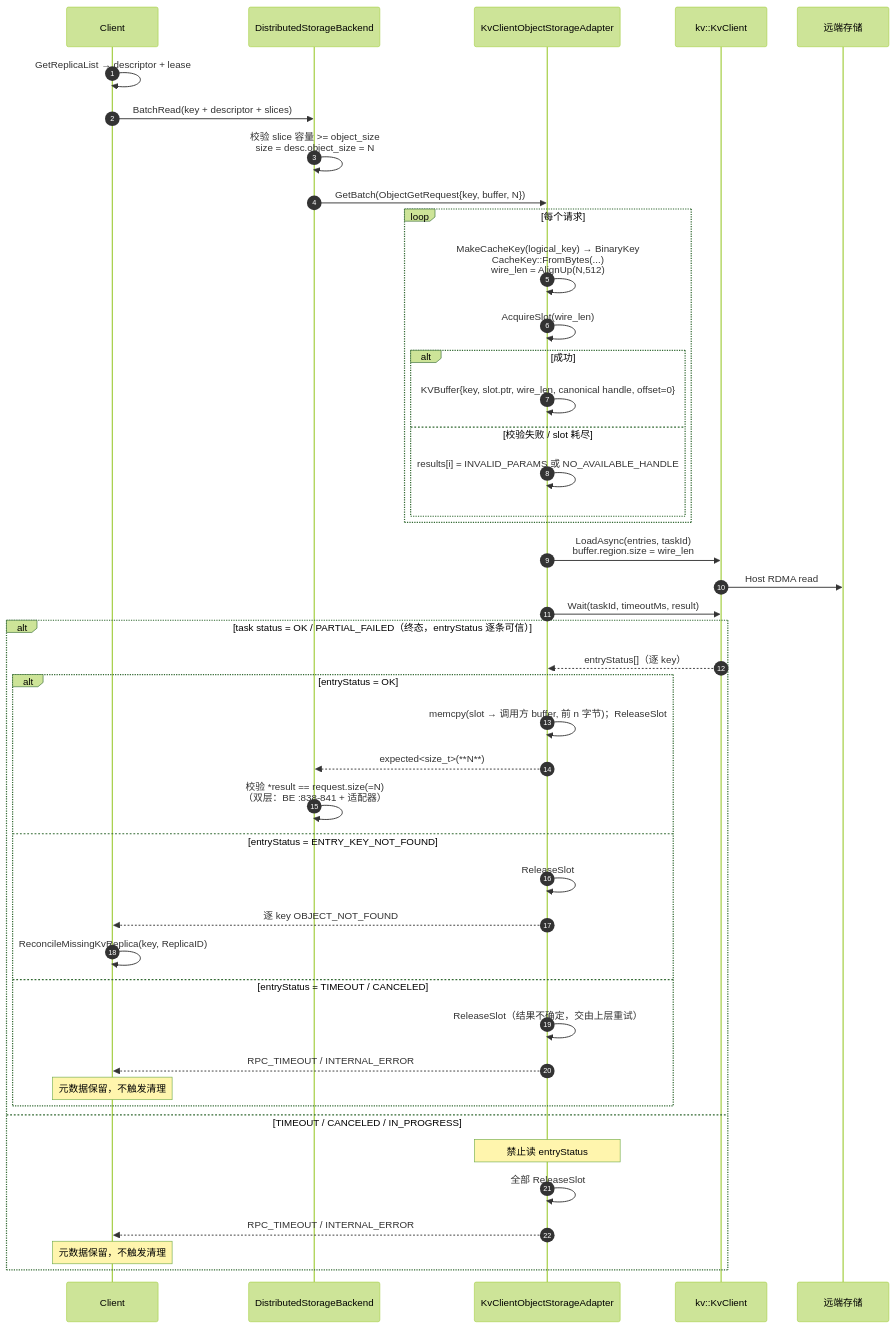
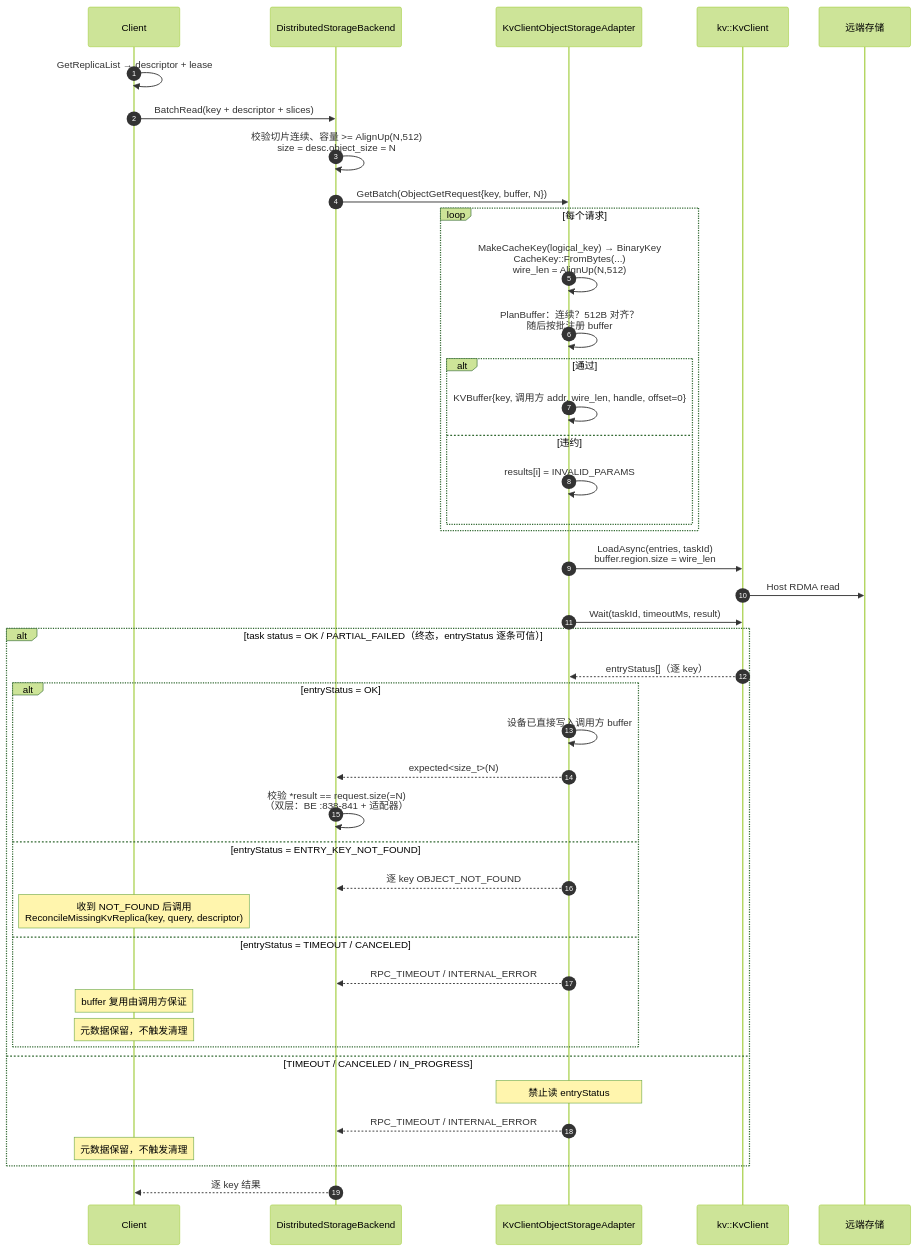
The tenth of 13 diagrams in Mooncake + KVClient L3 接入（Kvcs）- v3.md (zwj20000328-dotcom/Mooncake-documents), drawn with Mermaid (forest theme) before and after one commit. The commit also changed other lines of this file, not shown here.

````diff
--- a/Mooncake + KVClient L3 接入（Kvcs）- v3.md
+++ b/Mooncake + KVClient L3 接入（Kvcs）- v3.md
@@ -635,47 +631,46 @@
 ```mermaid
 sequenceDiagram
     autonumber
     participant C as Client
     participant BE as DistributedStorageBackend
     participant AD as KvClientObjectStorageAdapter
     participant SDK as kv::KvClient
     participant S as 远端存储
 
     C->>C: GetReplicaList → descriptor + lease
     C->>BE: BatchRead(key + descriptor + slices)
-    BE->>BE: 校验 slice 容量 >= object_size<br/>size = desc.object_size = N
+    BE->>BE: 校验切片连续、容量 >= AlignUp(N,512)<br/>size = desc.object_size = N
     BE->>AD: GetBatch(ObjectGetRequest{key, buffer, N})
     loop 每个请求
         AD->>AD: MakeCacheKey(logical_key) → BinaryKey<br/>CacheKey::FromBytes(...)<br/>wire_len = AlignUp(N,512)
-        AD->>AD: AcquireSlot(wire_len)
-        alt 成功
-            AD->>AD: KVBuffer{key, slot.ptr, wire_len, canonical handle, offset=0}
-        else 校验失败 / slot 耗尽
-            AD->>AD: results[i] = INVALID_PARAMS 或 NO_AVAILABLE_HANDLE
+        AD->>AD: PlanBuffer：连续？512B 对齐？<br/>随后按批注册 buffer
+        alt 通过
+            AD->>AD: KVBuffer{key, 调用方 addr, wire_len, handle, offset=0}
+        else 违约
+            AD->>AD: results[i] = INVALID_PARAMS
         end
     end
     AD->>SDK: LoadAsync(entries, taskId)<br/>buffer.region.size = wire_len
     SDK->>S: Host RDMA read
     AD->>SDK: Wait(taskId, timeoutMs, result)
     alt task status = OK / PARTIAL_FAILED（终态，entryStatus 逐条可信）
         SDK-->>AD: entryStatus[]（逐 key）
         alt entryStatus = OK
-            AD->>AD: memcpy(slot → 调用方 buffer, 前 n 字节)；ReleaseSlot
-            AD-->>BE: expected<size_t>(**N**)
+            AD->>AD: 设备已直接写入调用方 buffer
+            AD-->>BE: expected<size_t>(N)
             BE->>BE: 校验 *result == request.size(=N)<br/>（双层：BE :838-841 + 适配器）
         else entryStatus = ENTRY_KEY_NOT_FOUND
-            AD->>AD: ReleaseSlot
-            AD-->>C: 逐 key OBJECT_NOT_FOUND
-            C->>C: ReconcileMissingKvReplica(key, ReplicaID)
+            AD-->>BE: 逐 key OBJECT_NOT_FOUND
+            Note over C: 收到 NOT_FOUND 后调用<br/>ReconcileMissingKvReplica(key, query, descriptor)
         else entryStatus = TIMEOUT / CANCELED
-            AD->>AD: ReleaseSlot（结果不确定，交由上层重试）
-            AD-->>C: RPC_TIMEOUT / INTERNAL_ERROR
+            AD-->>BE: RPC_TIMEOUT / INTERNAL_ERROR
+            Note over C: buffer 复用由调用方保证
             Note over C: 元数据保留，不触发清理
         end
     else TIMEOUT / CANCELED / IN_PROGRESS
         Note over AD: 禁止读 entryStatus
-        AD->>AD: 全部 ReleaseSlot
-        AD-->>C: RPC_TIMEOUT / INTERNAL_ERROR
+        AD-->>BE: RPC_TIMEOUT / INTERNAL_ERROR
         Note over C: 元数据保留，不触发清理
     end
+    BE-->>C: 逐 key 结果
 ```
````
